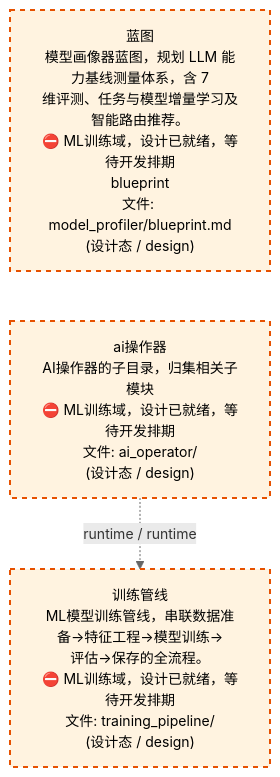
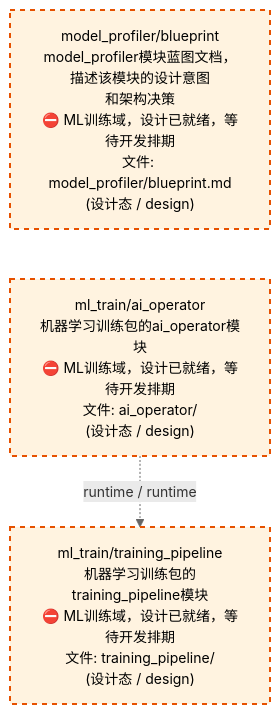
Before and after one commit to xuanFelixVan/ZephyrAlpha: the third of 4 diagrams in docs/02_enterprise_architecture/02_domain_architecture_docs/61_d_ml_train.md, drawn with Mermaid. The commit also changed other lines of this file and 50 other files, not shown here.

````diff
--- a/docs/02_enterprise_architecture/02_domain_architecture_docs/61_d_ml_train.md
+++ b/docs/02_enterprise_architecture/02_domain_architecture_docs/61_d_ml_train.md
@@ -119,14 +119,14 @@
 ```mermaid
 %%{init: {'theme': 'base', 'themeVariables': {'primaryColor': '#eaeaea', 'primaryTextColor': '#333333', 'primaryBorderColor': '#666666', 'lineColor': '#666666', 'secondaryColor': '#eaeaea', 'tertiaryColor': '#eaeaea', 'fontSize': '14px'}}}%%
 flowchart TD
-    docs_03_modules_cross_layer_model_profiler_blueprint_md["蓝图<br/>模型画像器蓝图，规划 LLM 能力基线测量体系，含 7<br/>维评测、任务与模型增量学习及智能路由推荐。<br/>⛔ ML训练域，设计已就绪，等待开发排期<br/>blueprint<br/>文件: model_profiler/blueprint.md<br/>(设计态 / design)"]
-    src_zephyr_ml_train_ai_operator["ai操作器<br/>AI操作器的子目录，归集相关子模块<br/>⛔ ML训练域，设计已就绪，等待开发排期<br/>文件: ai_operator/<br/>(设计态 / design)"]
+    docs_03_modules_cross_layer_model_profiler_blueprint_md["model_profiler/blueprint<br/>model_profiler模块蓝图文档，描述该模块的设计意图<br/>和架构决策<br/>⛔ ML训练域，设计已就绪，等待开发排期<br/>文件: model_profiler/blueprint.md<br/>(设计态 / design)"]
+    src_zephyr_ml_train_ai_operator["ml_train/ai_operator<br/>机器学习训练包的ai_operator模块<br/>⛔ ML训练域，设计已就绪，等待开发排期<br/>文件: ai_operator/<br/>(设计态 / design)"]
     docs_03_modules_cross_layer_model_profiler_blueprint_md ~~~ src_zephyr_ml_train_ai_operator
-    src_zephyr_ml_train_training_pipeline["训练管线<br/>ML模型训练管线，串联数据准备→特征工程→模型训练→<br/>评估→保存的全流程。<br/>⛔ ML训练域，设计已就绪，等待开发排期<br/>文件: training_pipeline/<br/>(设计态 / design)"]
+    src_zephyr_ml_train_training_pipeline["ml_train/training_pipeline<br/>机器学习训练包的training_pipeline模块<br/>⛔ ML训练域，设计已就绪，等待开发排期<br/>文件: training_pipeline/<br/>(设计态 / design)"]
     src_zephyr_ml_train_ai_operator -.->|runtime / runtime| src_zephyr_ml_train_training_pipeline
     classDef production fill:#e1f5fe,stroke:#01579b,stroke-width:2px,color:#000
     classDef design fill:#fff3e0,stroke:#e65100,stroke-width:2px,color:#000,stroke-dasharray: 5 5
     classDef external_prod fill:#e8f4fd,stroke:#0277bd,stroke-width:1px,color:#000
     classDef external_design fill:#fff8e7,stroke:#ef6c00,stroke-width:1px,color:#000,stroke-dasharray: 5 5
     class docs_03_modules_cross_layer_model_profiler_blueprint_md,src_zephyr_ml_train_ai_operator,src_zephyr_ml_train_training_pipeline design
 ```
````
